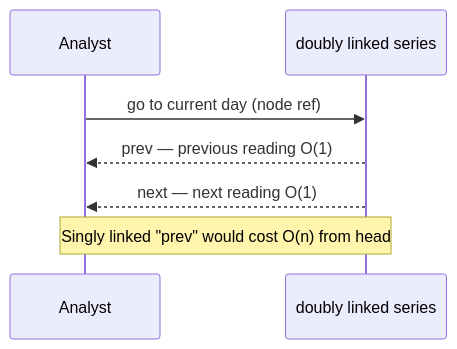
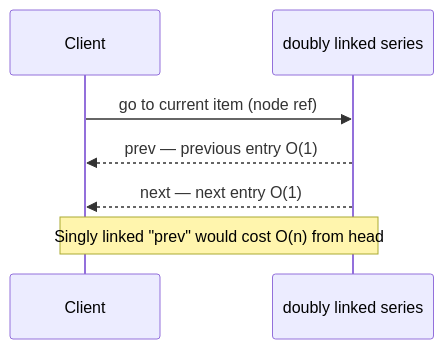
One commit to qgjones9/python-programming-guide changed the second of 10 diagrams in docs/dsa/data-structures/doubly-linked-list/index.md. Above: the diagram before and after it, drawn with Mermaid. The commit also changed other lines of this file and 31 other files, not shown here.

````diff
--- a/docs/dsa/data-structures/doubly-linked-list/index.md
+++ b/docs/dsa/data-structures/doubly-linked-list/index.md
@@ -54,9 +54,9 @@
 ```mermaid
 sequenceDiagram
-  participant Analyst
+  participant Client
   participant DLL as doubly linked series
-  Analyst->>DLL: go to current day (node ref)
-  DLL-->>Analyst: prev — previous reading O(1)
-  DLL-->>Analyst: next — next reading O(1)
-  Note over Analyst,DLL: Singly linked "prev" would cost O(n) from head
+  Client->>DLL: go to current item (node ref)
+  DLL-->>Client: prev — previous entry O(1)
+  DLL-->>Client: next — next entry O(1)
+  Note over Client,DLL: Singly linked "prev" would cost O(n) from head
 ```
````
